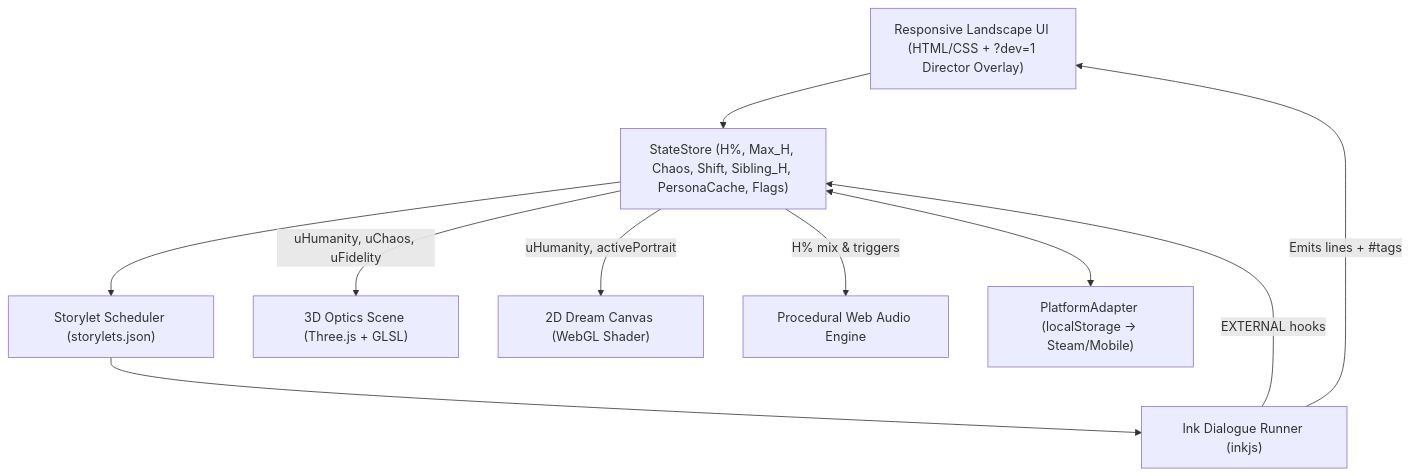
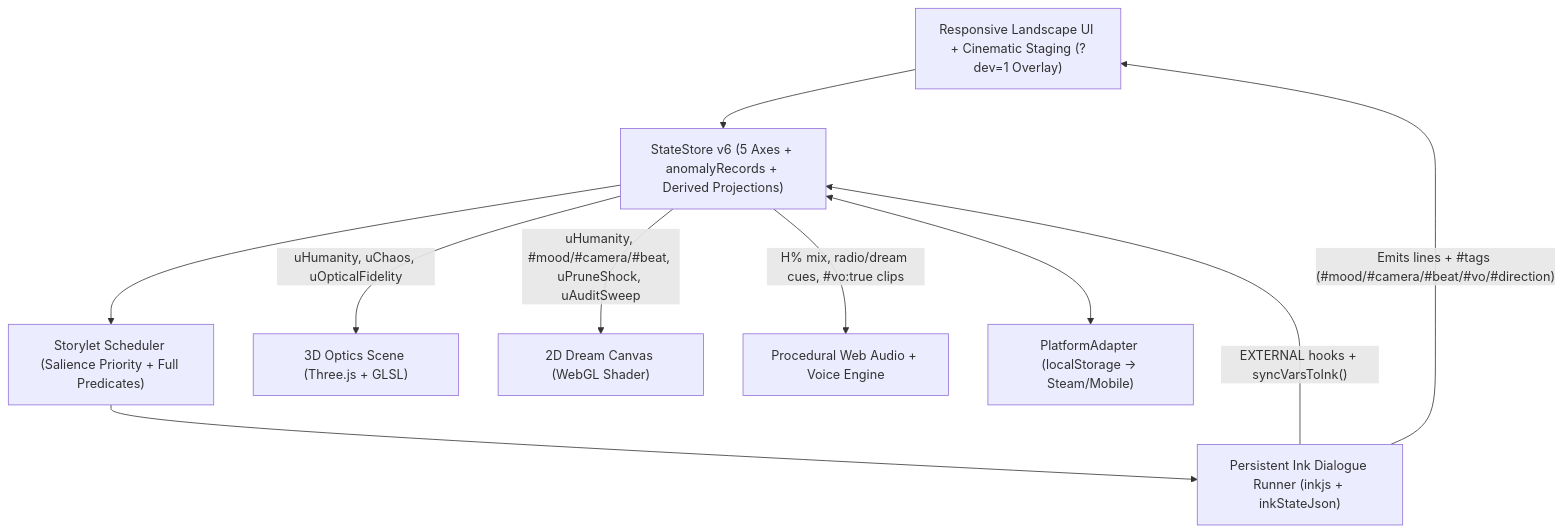
One commit to s-soltys/instance-1419 changed the diagram in docs/ARCHITECTURE.md. Above: the diagram before and after it, drawn with Mermaid. The commit also changed other lines of this file and 133 other files, not shown here.

Commit message:
feat(narrative): lock storytelling spine, StateStore v6, dual-mode VO, De-HTML cinematics & Playable Taste

````diff
--- a/docs/ARCHITECTURE.md
+++ b/docs/ARCHITECTURE.md
@@ -12,12 +13,12 @@
 ```mermaid
 flowchart TD
-    UI["Responsive Landscape UI (HTML/CSS + ?dev=1 Director Overlay)"] --> STORE["StateStore (H%, Max_H, Chaos, Shift, Sibling_H, PersonaCache, Flags)"]
-    STORE --> SCHED["Storylet Scheduler (storylets.json)"]
-    SCHED --> INK["Ink Dialogue Runner (inkjs)"]
-    INK -->|"Emits lines + #tags"| UI
-    INK -->|"EXTERNAL hooks"| STORE
-    STORE -->|"uHumanity, uChaos, uFidelity"| OPTICS["3D Optics Scene (Three.js + GLSL)"]
-    STORE -->|"uHumanity, activePortrait"| DREAM["2D Dream Canvas (WebGL Shader)"]
-    STORE -->|"H% mix & triggers"| AUDIO["Procedural Web Audio Engine"]
+    UI["Responsive Landscape UI + Cinematic Staging (?dev=1 Overlay)"] --> STORE["StateStore v6 (5 Axes + anomalyRecords + Derived Projections)"]
+    STORE --> SCHED["Storylet Scheduler (Salience Priority + Full Predicates)"]
+    SCHED --> INK["Persistent Ink Dialogue Runner (inkjs + inkStateJson)"]
+    INK -->|"Emits lines + #tags (#mood/#camera/#beat/#vo/#direction)"| UI
+    INK -->|"EXTERNAL hooks + syncVarsToInk()"| STORE
+    STORE -->|"uHumanity, uChaos, uOpticalFidelity"| OPTICS["3D Optics Scene (Three.js + GLSL)"]
+    STORE -->|"uHumanity, #mood/#camera/#beat, uPruneShock, uAuditSweep"| DREAM["2D Dream Canvas (WebGL Shader)"]
+    STORE -->|"H% mix, radio/dream cues, #vo:true clips"| AUDIO["Procedural Web Audio + Voice Engine"]
     STORE <--> PLAT["PlatformAdapter (localStorage -> Steam/Mobile)"]
 ```
````
